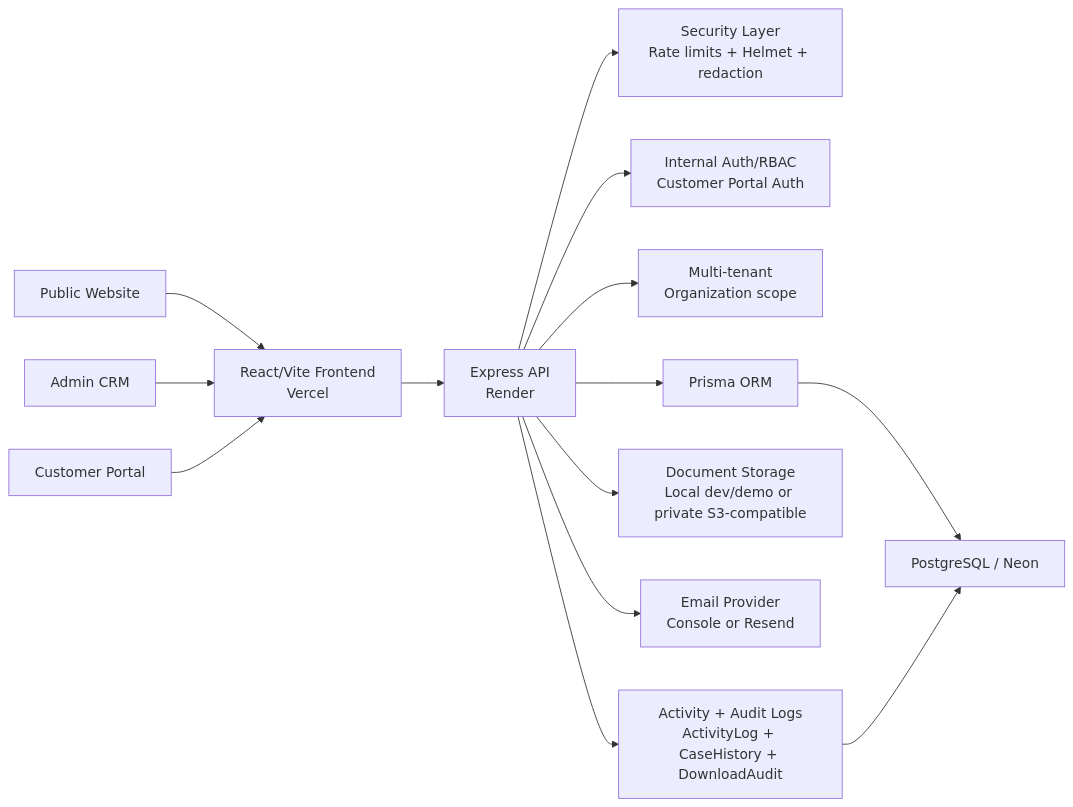
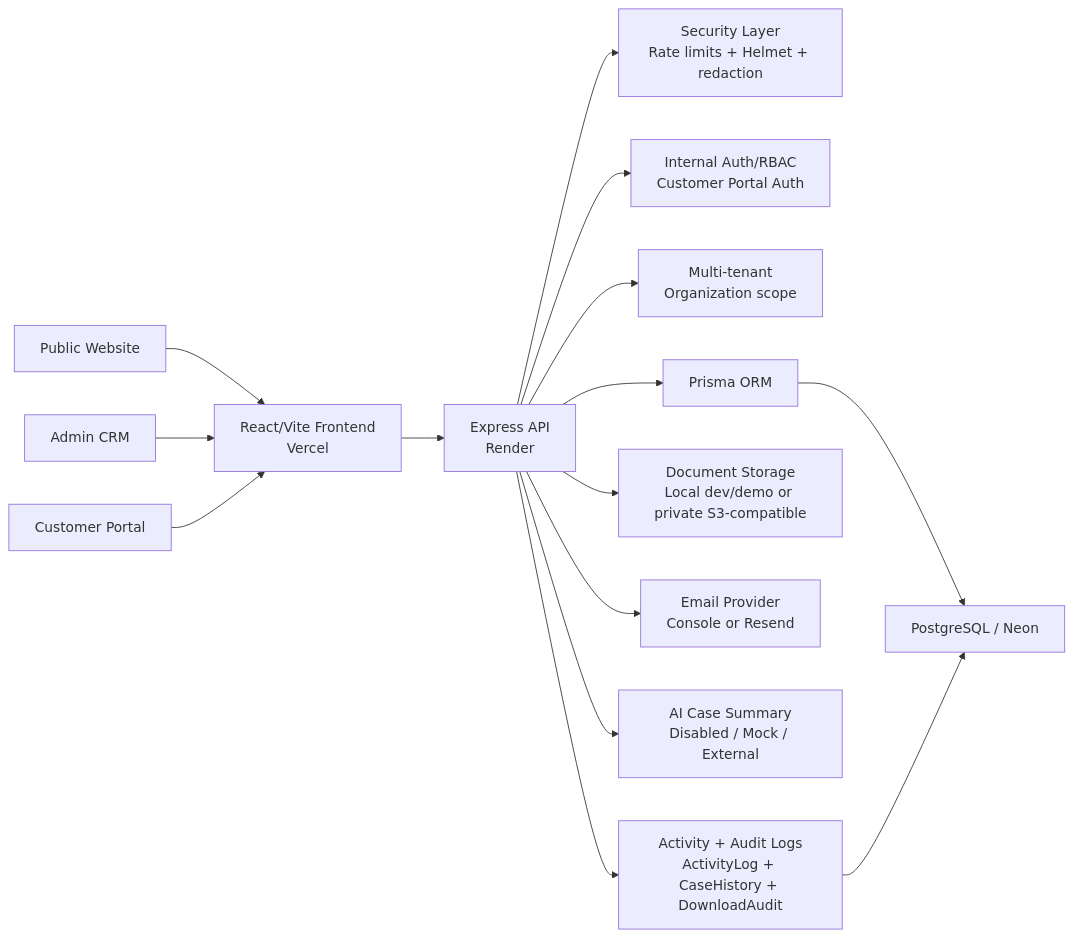
Before and after one commit to Ductri2006/Consulting-crm-system: the diagram in README.md, drawn with Mermaid. The commit also changed other lines of this file and 26 other files, not shown here.

Commit message:
Add AI case summary workflow

````diff
--- a/README.md
+++ b/README.md
@@ -113,32 +116,34 @@
 ```mermaid
 flowchart LR
   Public["Public Website"]
   Admin["Admin CRM"]
   Portal["Customer Portal"]
 
   Frontend["React/Vite Frontend\nVercel"]
   API["Express API\nRender"]
   Security["Security Layer\nRate limits + Helmet + redaction"]
   Auth["Internal Auth/RBAC\nCustomer Portal Auth"]
   Tenant["Multi-tenant\nOrganization scope"]
   Prisma["Prisma ORM"]
   DB["PostgreSQL / Neon"]
   Docs["Document Storage\nLocal dev/demo or private S3-compatible"]
   Email["Email Provider\nConsole or Resend"]
+  AI["AI Case Summary\nDisabled / Mock / External"]
   Audit["Activity + Audit Logs\nActivityLog + CaseHistory + DownloadAudit"]
 
   Public --> Frontend
   Admin --> Frontend
   Portal --> Frontend
 
   Frontend --> API
   API --> Security
   API --> Auth
   API --> Tenant
   API --> Prisma
   Prisma --> DB
   API --> Docs
   API --> Email
+  API --> AI
   API --> Audit
   Audit --> DB
 ```
````
